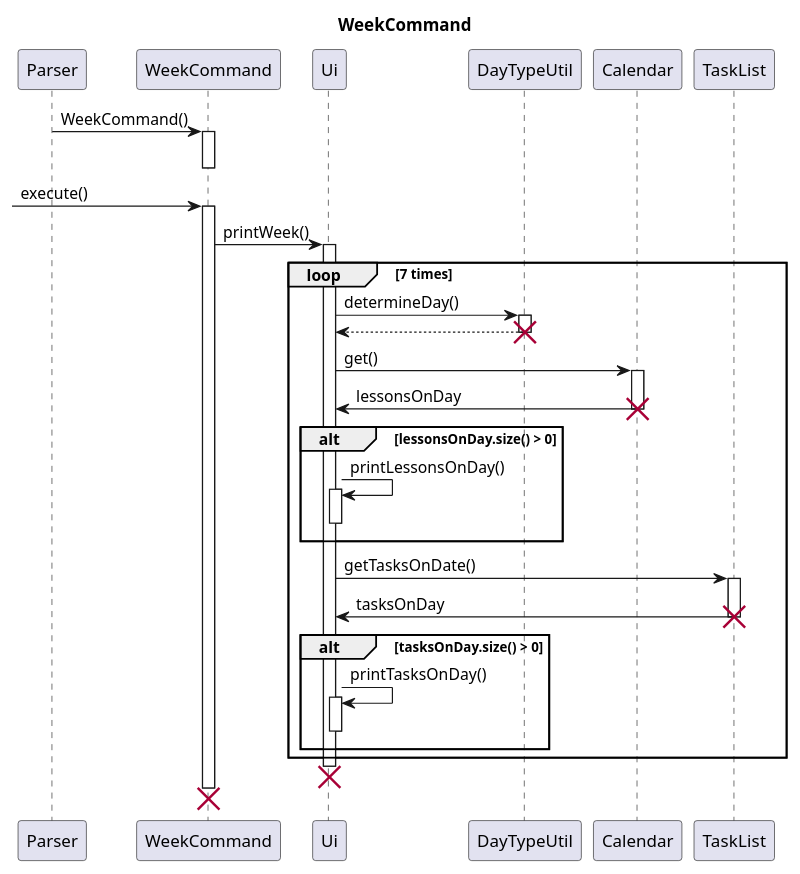
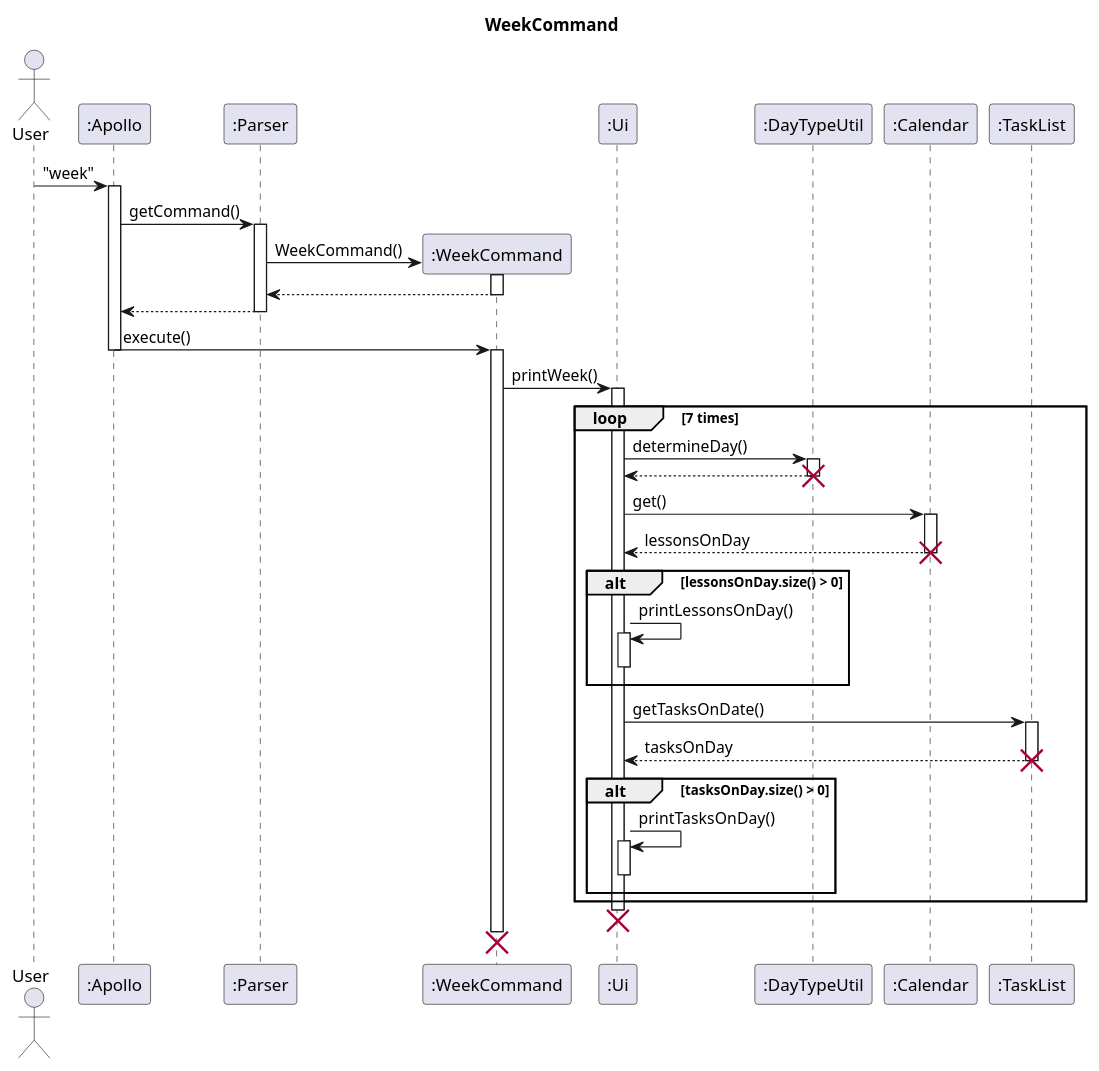
Before and after one commit to nus-cs2113-AY2223S2/tp: the diagram in docs/uml-source/Week.puml, drawn with PlantUML. The commit also changed 1 other file, not shown here.

Commit message:
Fix bugs in Sequence Diagram

```diff
--- a/docs/uml-source/Week.puml
+++ b/docs/uml-source/Week.puml
@@ -1,49 +1,61 @@
 @startuml
 'https://plantuml.com/sequence-diagram
 
 title WeekCommand
 
-participant Parser as Parser
+actor User
+participant ":Apollo" as Apollo
+participant ":Parser" as Parser
+participant ":WeekCommand" as week
+participant ":Ui" as Ui
+participant ":DayTypeUtil" as DayTypeUtil
+participant ":Calendar" as Calendar
+participant ":TaskList" as TaskList
 
-participant WeekCommand as week
+User -> Apollo : "week"
+activate Apollo
+Apollo -> Parser : getCommand()
+activate Parser
+Parser -> week** : WeekCommand()
+week++
+return
+return
 
-Parser -> week : WeekCommand()
+Apollo -> week : execute()
+Apollo --
 activate week
-deactivate week
 
- -> week : execute()
-activate week
 
 week -> Ui : printWeek()
 activate Ui
 
 loop 7 times
     Ui -> DayTypeUtil : determineDay()
     activate DayTypeUtil
     return
     destroy DayTypeUtil
 
     Ui -> Calendar : get()
     activate Calendar
-    Calendar -> Ui : lessonsOnDay
+    Calendar --> Ui : lessonsOnDay
     destroy Calendar
     alt lessonsOnDay.size() > 0
     Ui -> Ui : printLessonsOnDay()
     activate Ui
     deactivate Ui
     end
 
     Ui -> TaskList : getTasksOnDate()
     activate TaskList
-    TaskList -> Ui : tasksOnDay
+    TaskList --> Ui : tasksOnDay
     destroy TaskList
     alt tasksOnDay.size() > 0
     Ui -> Ui : printTasksOnDay()
     activate Ui
     deactivate Ui
     end
 end
 destroy Ui
 destroy week
 
 @enduml
```
